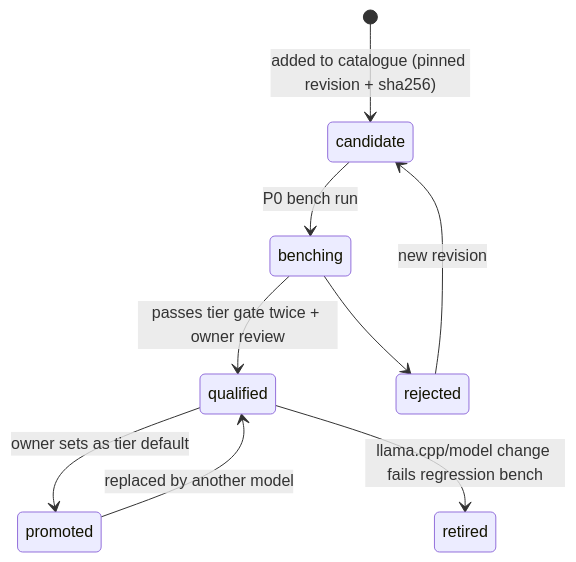
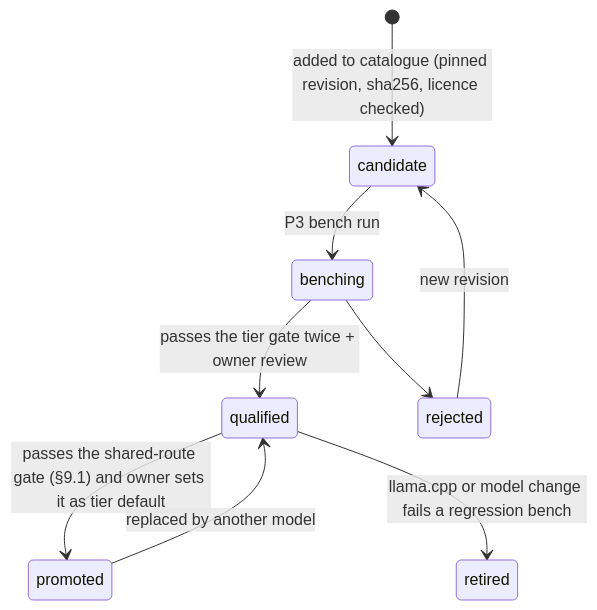
One commit to arvindsoni2/hatch changed the tenth of 10 diagrams in docs/implementation-specs/active/2026-10-22-coach-phase2-readiness-loop.md. Above: the diagram before and after it, drawn with Mermaid. The commit also changed other lines of this file and 20 other files, not shown here.

````diff
--- a/docs/implementation-specs/active/2026-10-22-coach-phase2-readiness-loop.md
+++ b/docs/implementation-specs/active/2026-10-22-coach-phase2-readiness-loop.md
@@ -579,11 +696,11 @@
 ```mermaid
 stateDiagram-v2
-  [*] --> candidate: added to catalogue (pinned revision + sha256)
-  candidate --> benching: P0 bench run
-  benching --> qualified: passes tier gate twice + owner review
+  [*] --> candidate: added to catalogue (pinned revision, sha256, licence checked)
+  candidate --> benching: P3 bench run
+  benching --> qualified: passes the tier gate twice + owner review
   benching --> rejected
-  qualified --> promoted: owner sets as tier default
+  qualified --> promoted: passes the shared-route gate (§9.1) and owner sets it as tier default
   promoted --> qualified: replaced by another model
-  qualified --> retired: llama.cpp/model change fails regression bench
+  qualified --> retired: llama.cpp or model change fails a regression bench
   rejected --> candidate: new revision
 ```
````
